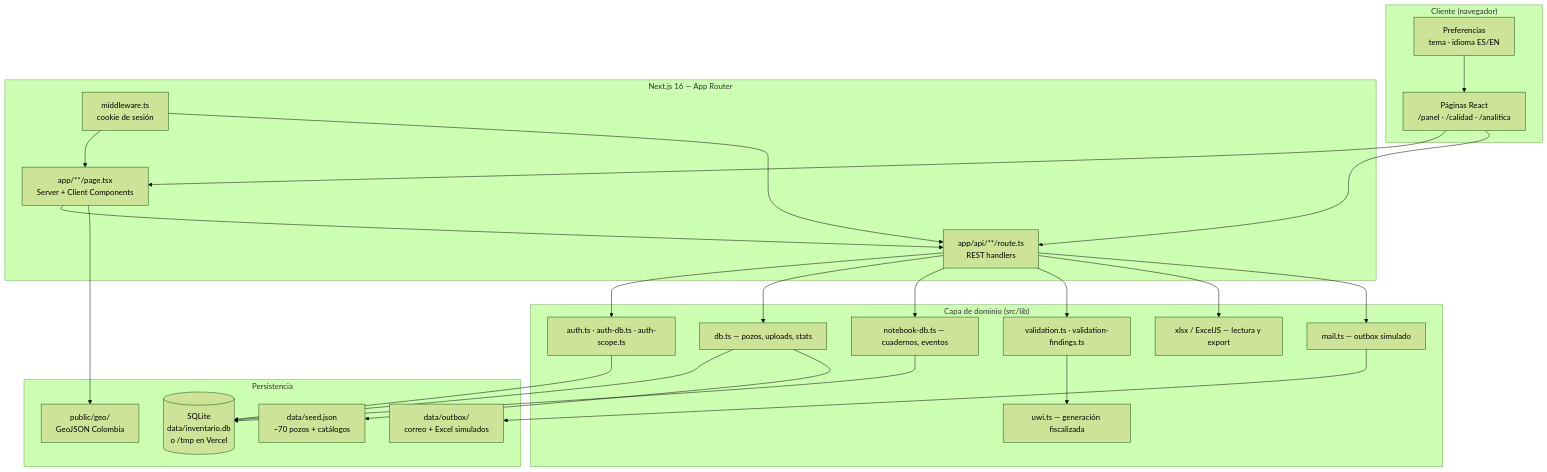
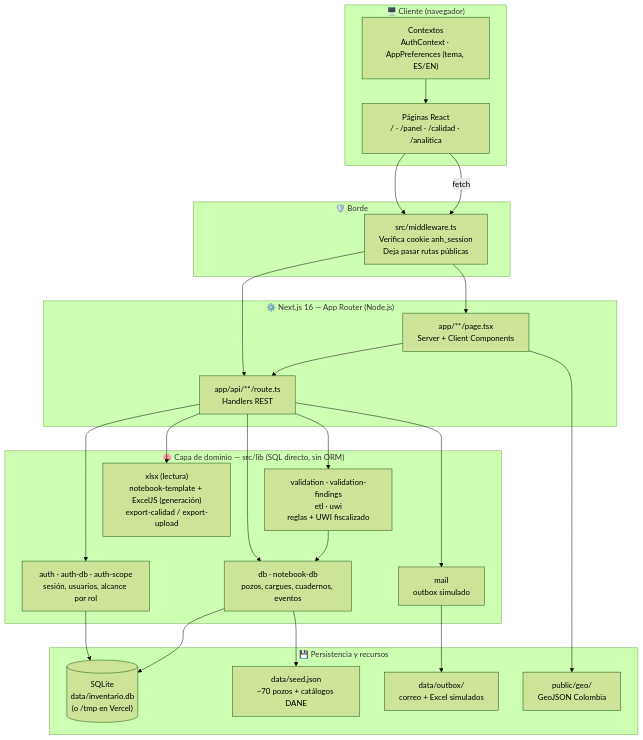
The first of 10 diagrams in README.md (PhDRedondo/Inventario-de-pozos), drawn with Mermaid (forest theme) before and after one commit. The commit also changed other lines of this file and 3 other files, not shown here.

First line of the commit message:
Overhaul README and scope architecture/security docs to admin

````diff
--- a/README.md
+++ b/README.md
@@ -62,50 +74,43 @@
 ```mermaid
 flowchart TB
-  subgraph Cliente["Cliente (navegador)"]
-    UI["Páginas React<br/>/panel · /calidad · /analitica"]
-    Prefs["Preferencias<br/>tema · idioma ES/EN"]
+  subgraph Cliente["🖥️  Cliente (navegador)"]
+    UI["Páginas React<br/>/ · /panel · /calidad · /analitica"]
+    CTX["Contextos<br/>AuthContext · AppPreferences (tema, ES/EN)"]
   end
 
-  subgraph NextJS["Next.js 16 — App Router"]
-    MW["middleware.ts<br/>cookie de sesión"]
-    Pages["app/**/page.tsx<br/>Server + Client Components"]
-    API["app/api/**/route.ts<br/>REST handlers"]
+  subgraph Edge["🛡️  Borde"]
+    MW["src/middleware.ts<br/>Verifica cookie anh_session<br/>Deja pasar rutas públicas"]
   end
 
-  subgraph Dominio["Capa de dominio (src/lib)"]
-    Auth["auth.ts · auth-db.ts · auth-scope.ts"]
-    DB["db.ts — pozos, uploads, stats"]
-    NB["notebook-db.ts — cuadernos, eventos"]
-    VAL["validation.ts · validation-findings.ts"]
-    UWI["uwi.ts — generación fiscalizada"]
-    XLS["xlsx / ExcelJS — lectura y export"]
-    Mail["mail.ts — outbox simulado"]
+  subgraph App["⚙️  Next.js 16 — App Router (Node.js)"]
+    Pages["app/**/page.tsx<br/>Server + Client Components"]
+    API["app/api/**/route.ts<br/>Handlers REST"]
   end
 
-  subgraph Persistencia["Persistencia"]
-    SQLite[("SQLite<br/>data/inventario.db<br/>o /tmp en Vercel")]
+  subgraph Dominio["🧠  Capa de dominio — src/lib (SQL directo, sin ORM)"]
+    Auth["auth · auth-db · auth-scope<br/>sesión, usuarios, alcance por rol"]
+    DB["db · notebook-db<br/>pozos, cargues, cuadernos, eventos"]
+    VAL["validation · validation-findings<br/>etl · uwi<br/>reglas + UWI fiscalizado"]
+    XLSX["xlsx (lectura)<br/>notebook-template + ExcelJS (generación)<br/>export-calidad / export-upload"]
+    MAIL["mail<br/>outbox simulado"]
+  end
+
+  subgraph Datos["💾  Persistencia y recursos"]
+    SQLite[("SQLite<br/>data/inventario.db<br/>(o /tmp en Vercel)")]
+    Seed["data/seed.json<br/>~70 pozos + catálogos DANE"]
     Outbox["data/outbox/<br/>correo + Excel simulados"]
     Geo["public/geo/<br/>GeoJSON Colombia"]
-    Seed["data/seed.json<br/>~70 pozos + catálogos"]
   end
 
-  UI --> Pages
-  UI --> API
-  Prefs --> UI
-  MW --> Pages
-  MW --> API
+  UI --> MW --> Pages
+  UI -->|fetch| MW --> API
+  CTX --> UI
   Pages --> API
-  API --> Auth
-  API --> DB
-  API --> NB
-  API --> VAL
+  API --> Auth & DB & VAL & XLSX & MAIL
+  Auth --> SQLite
   DB --> SQLite
-  NB --> SQLite
-  Auth --> SQLite
-  VAL --> UWI
-  API --> XLS
-  API --> Mail
-  Mail --> Outbox
   DB --> Seed
+  VAL --> DB
+  MAIL --> Outbox
   Pages --> Geo
 ```
````
